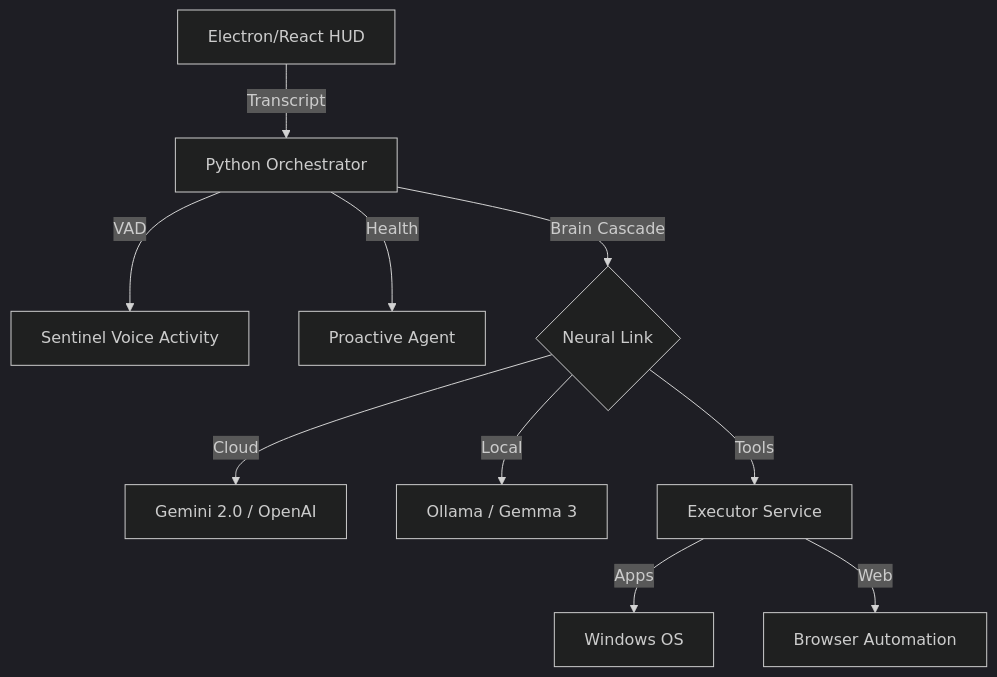
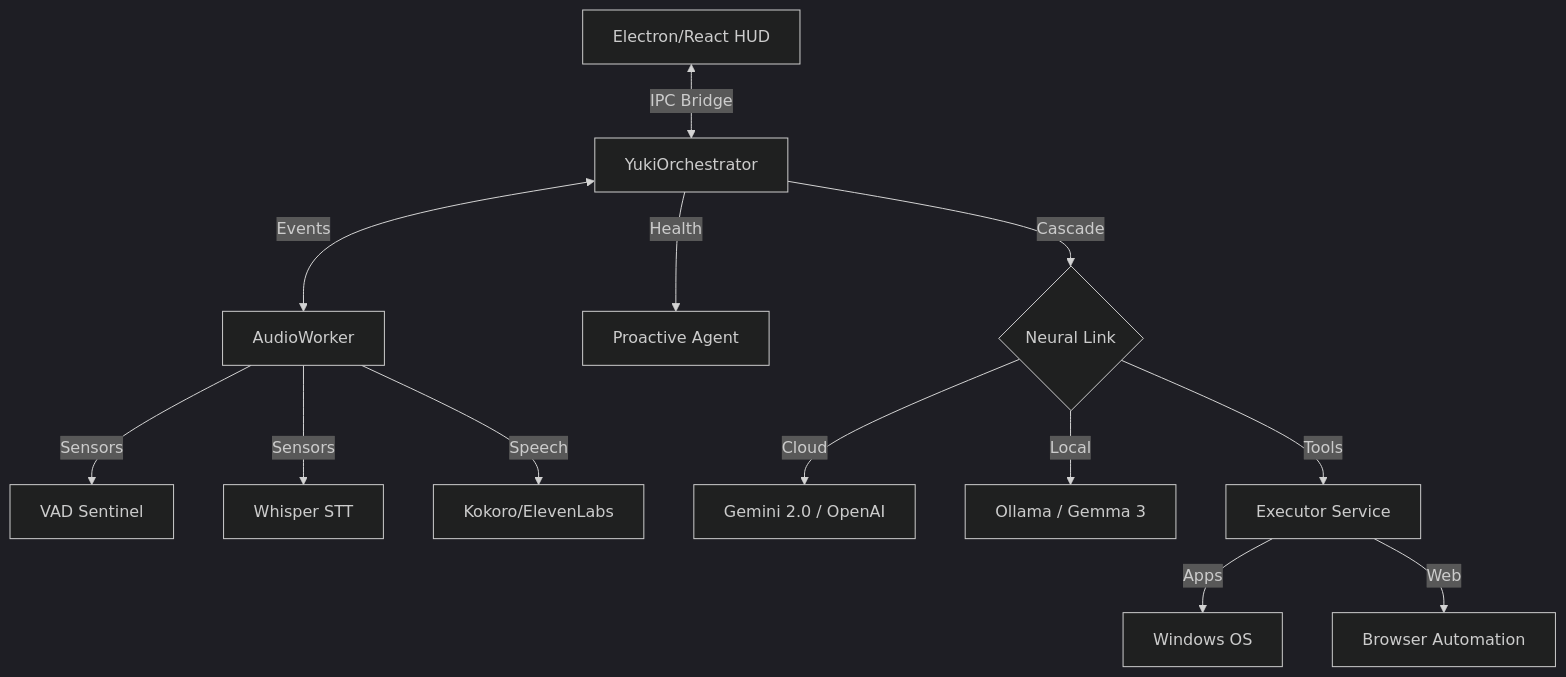
One commit to gamerboy74/Yuki-Assistant changed the diagram in README.md. Above: the diagram before and after it, drawn with Mermaid (dark theme). The commit also changed other lines of this file, not shown here.

Commit message:
docs: document advanced features (ToolWorker, ChromaDB, MCP Server)

````diff
--- a/README.md
+++ b/README.md
@@ -108,12 +148,15 @@
 ```mermaid
 graph TD
-    UI[Electron/React HUD] -->|Transcript| ORC[Python Orchestrator]
-    ORC -->|VAD| MIC[Sentinel Voice Activity]
+    UI[Electron/React HUD] <-->|IPC Bridge| ORC[YukiOrchestrator]
+    ORC <-->|Events| AW[AudioWorker]
+    AW -->|Sensors| VAD[VAD Sentinel]
+    AW -->|Sensors| STT[Whisper STT]
+    AW -->|Speech| TTS[Kokoro/ElevenLabs]
     ORC -->|Health| PRO[Proactive Agent]
-    ORC -->|Brain Cascade| LINK{Neural Link}
+    ORC -->|Cascade| LINK{Neural Link}
     LINK -->|Cloud| GEM[Gemini 2.0 / OpenAI]
     LINK -->|Local| OLL[Ollama / Gemma 3]
     LINK -->|Tools| EX[Executor Service]
     EX -->|Apps| WIN[Windows OS]
     EX -->|Web| BRO[Browser Automation]
 ```
````
